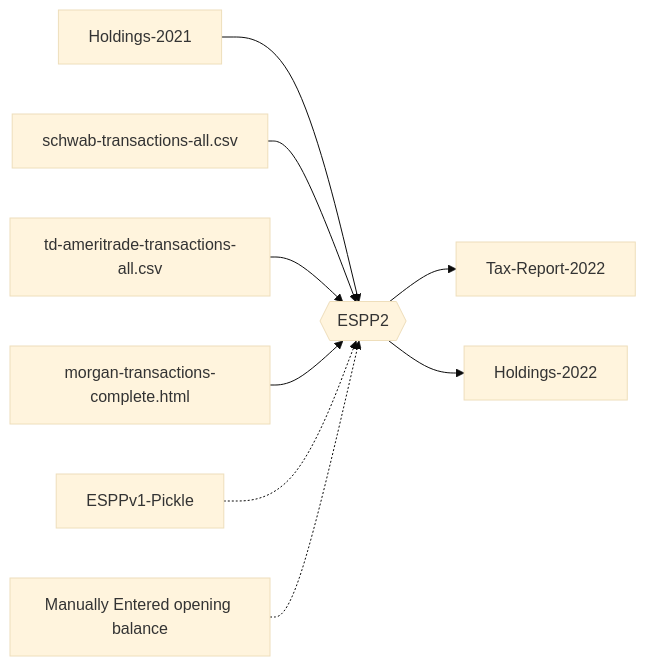
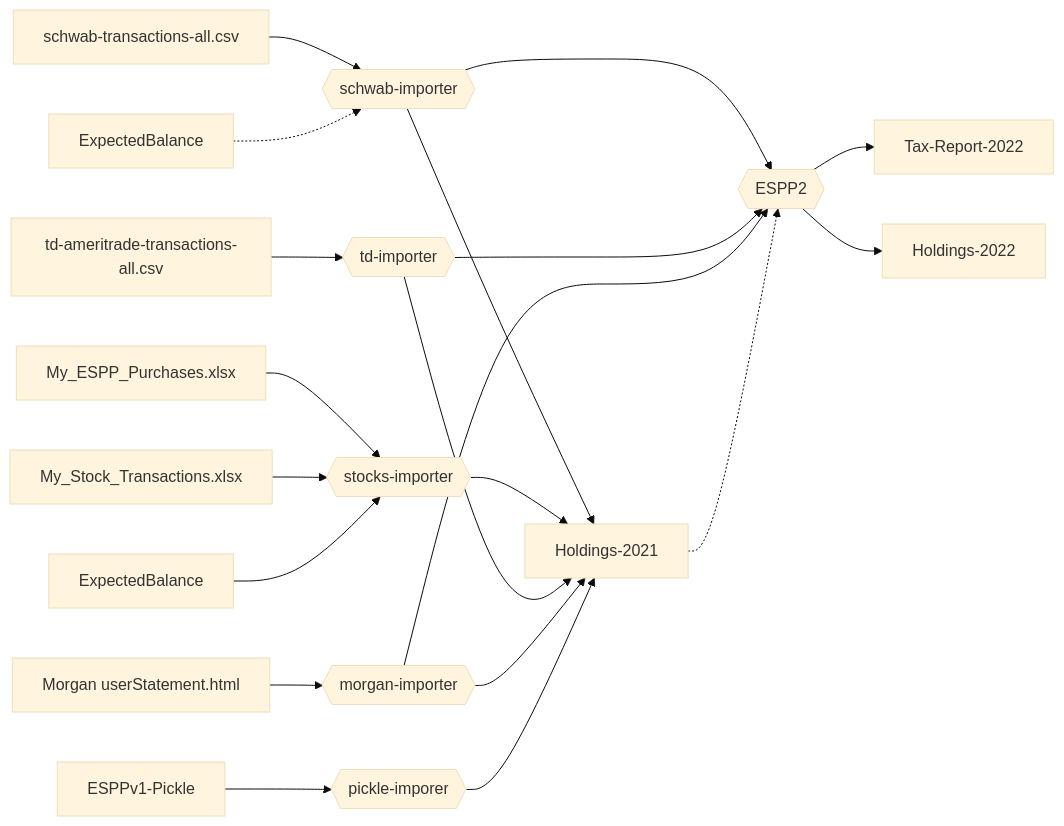
One commit to otroan/ESPP2 changed the diagram in README.md. Above: the diagram before and after it, drawn with Mermaid (base theme). The commit also changed other lines of this file, not shown here.

````diff
--- a/README.md
+++ b/README.md
@@ -14,11 +14,27 @@
 ```mermaid
 graph LR;
-    Holdings-2021-->ESPP2{{ESPP2}}
+    Schwab["schwab-transactions-all.csv"]-->schwab-importer{{schwab-importer}}
+    ExpectedBalance2["ExpectedBalance"]-.->schwab-importer
+    schwab-importer-->Holdings-2021
+    schwab-importer-->ESPP2{{ESPP2}}
+    
+    My_ESPP_Purchases.xlsx-->stocks-importer{{stocks-importer}}
+    My_Stock_Transactions.xlsx-->stocks-importer
+    ExpectedBalance-->stocks-importer
+    stocks-importer-->Holdings-2021
+
+    TD["td-ameritrade-transactions-all.csv"]-->td-importer{{td-importer}}
+    td-importer-->Holdings-2021
+    td-importer-->ESPP2
+
+    Morgan["Morgan userStatement.html"]-->morgan-importer{{morgan-importer}}
+    morgan-importer-->ESPP2
+    morgan-importer-->Holdings-2021
+
+    ESPPv1-Pickle-->pickle-importer{{pickle-imporer}}
+    pickle-importer-->Holdings-2021
+
+    Holdings-2021-.->ESPP2{{ESPP2}}
     ESPP2-->Tax-Report-2022
     ESPP2-->Holdings-2022
-    Schwab["schwab-transactions-all.csv"]-->ESPP2{{ESPP2}}
-    TD["td-ameritrade-transactions-all.csv"]-->ESPP2{{ESPP2}}
-    Morgan["morgan-transactions-complete.html"]-->ESPP2{{ESPP2}}
-    ESPPv1-Pickle-.->ESPP2{{ESPP2}}
-    Manual["Manually Entered opening balance"]-.->ESPP2{{ESPP2}}
 ```
````
